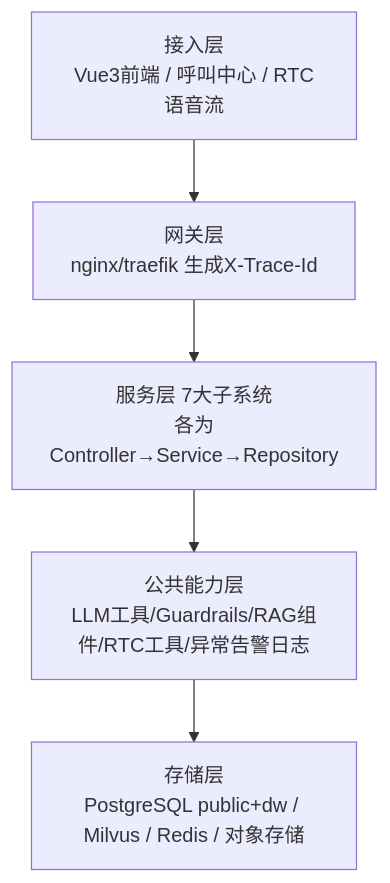
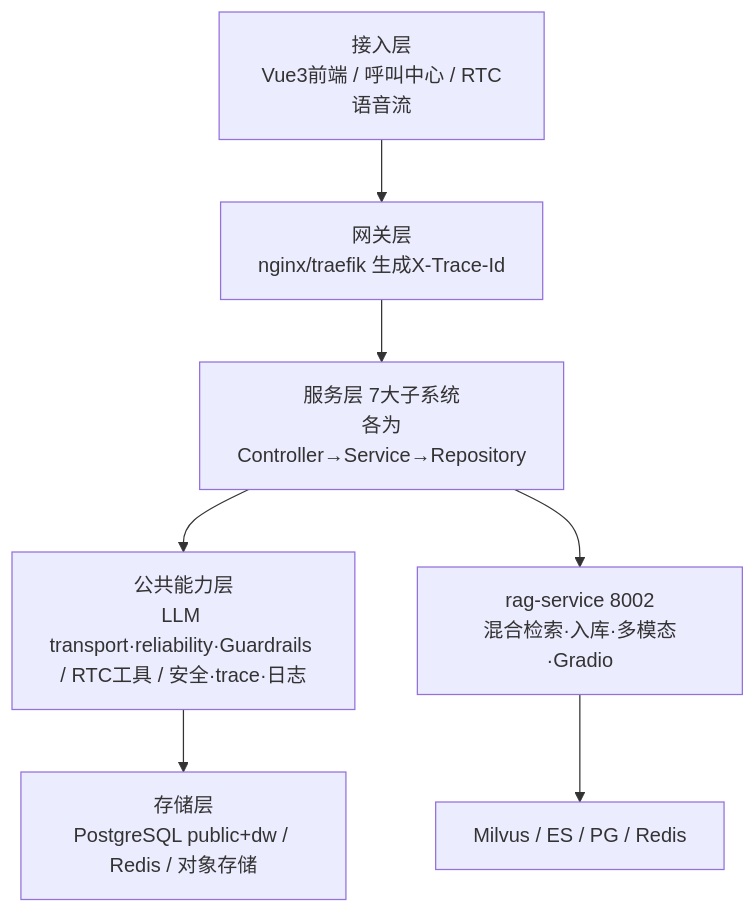
Before and after one commit to GavinYoung66/ai_collection: the first of 2 diagrams in requirements_document/step3_架构设计/01_整体技术架构 (含大模型 Guardrails 防护栏).md, drawn with Mermaid. The commit also changed other lines of this file and 540 other files, not shown here.

````diff
--- a/requirements_document/step3_架构设计/01_整体技术架构 (含大模型 Guardrails 防护栏).md
+++ b/requirements_document/step3_架构设计/01_整体技术架构 (含大模型 Guardrails 防护栏).md
@@ -26,7 +33,9 @@
 ```mermaid
 flowchart TB
     A[接入层<br/>Vue3前端 / 呼叫中心 / RTC语音流] --> GW[网关层<br/>nginx/traefik 生成X-Trace-Id]
     GW --> SVC[服务层 7大子系统<br/>各为Controller→Service→Repository]
-    SVC --> COM[公共能力层<br/>LLM工具/Guardrails/RAG组件/RTC工具/异常告警日志]
-    COM --> STO[存储层<br/>PostgreSQL public+dw / Milvus / Redis / 对象存储]
+    SVC --> COM[公共能力层<br/>LLM transport·reliability·Guardrails / RTC工具 / 安全·trace·日志]
+    SVC --> RAG[rag-service 8002<br/>混合检索·入库·多模态·Gradio]
+    COM --> STO[存储层<br/>PostgreSQL public+dw / Redis / 对象存储]
+    RAG --> STO2[Milvus / ES / PG / Redis]
 ```
````
